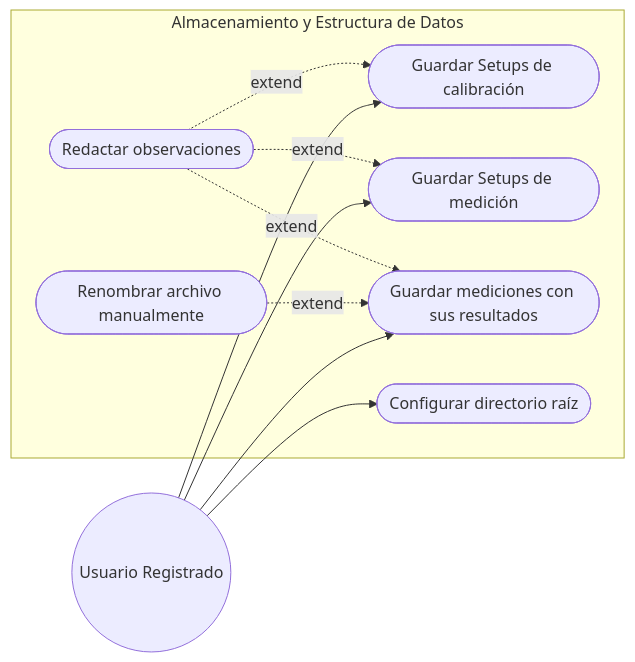
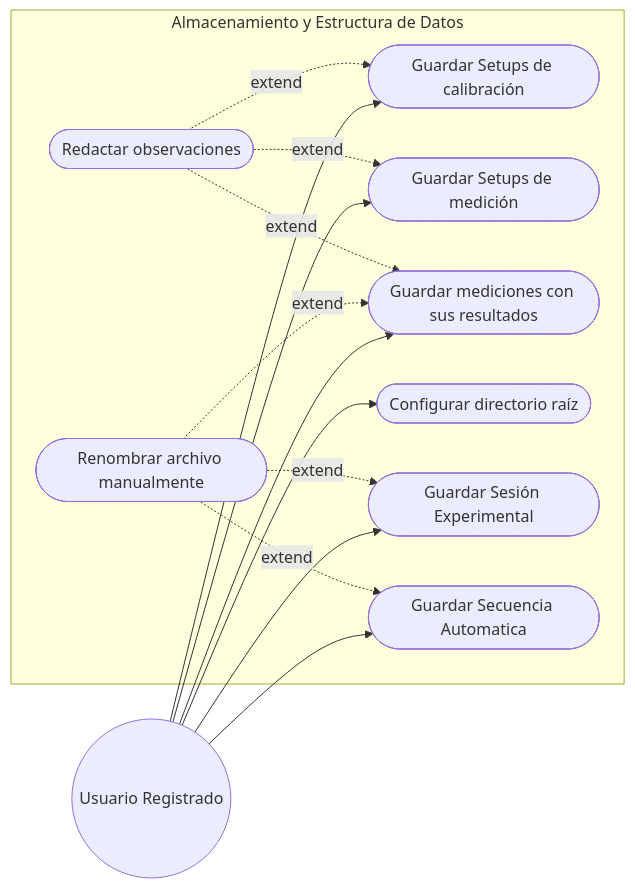
One commit to alegrelias/Repo-GMini changed the seventh of 7 diagrams in Gmini-MarkDown/Diagramas/Diagramas de CU.md. Above: the diagram before and after it, drawn with Mermaid.

Commit message:
Añado guardar sesion exp y secuencia, extend de renombrar manualmente

````diff
--- a/Gmini-MarkDown/Diagramas/Diagramas de CU.md
+++ b/Gmini-MarkDown/Diagramas/Diagramas de CU.md
@@ -206,26 +206,32 @@
 ```mermaid
 flowchart LR
 %% Actores
 Usuario((Usuario Registrado))
 
 subgraph Almacenamiento y Estructura de Datos
 	CU35([Guardar Setups de calibración])
 	CU36([Guardar Setups de medición])
 	CU37([Guardar mediciones con sus resultados])
 	CU38([Configurar directorio raíz])
 	CU39([Renombrar archivo manualmente])
 	CU40([Redactar observaciones])
+	CU41([Guardar Sesión Experimental])
+	CU42([Guardar Secuencia Automatica ])
 end
 
 %% Asociaciones
 Usuario --> CU35
 Usuario --> CU36
 Usuario --> CU37
 Usuario --> CU38
+Usuario --> CU41
+Usuario --> CU42
 
 %% Relaciones Include/Extend
 CU39 -.extend.-> CU37
 CU40 -.extend.-> CU35
 CU40 -.extend.-> CU36
 CU40 -.extend.-> CU37
+CU39 -.extend.-> CU41
+CU39 -.extend.-> CU42
 ```
````
